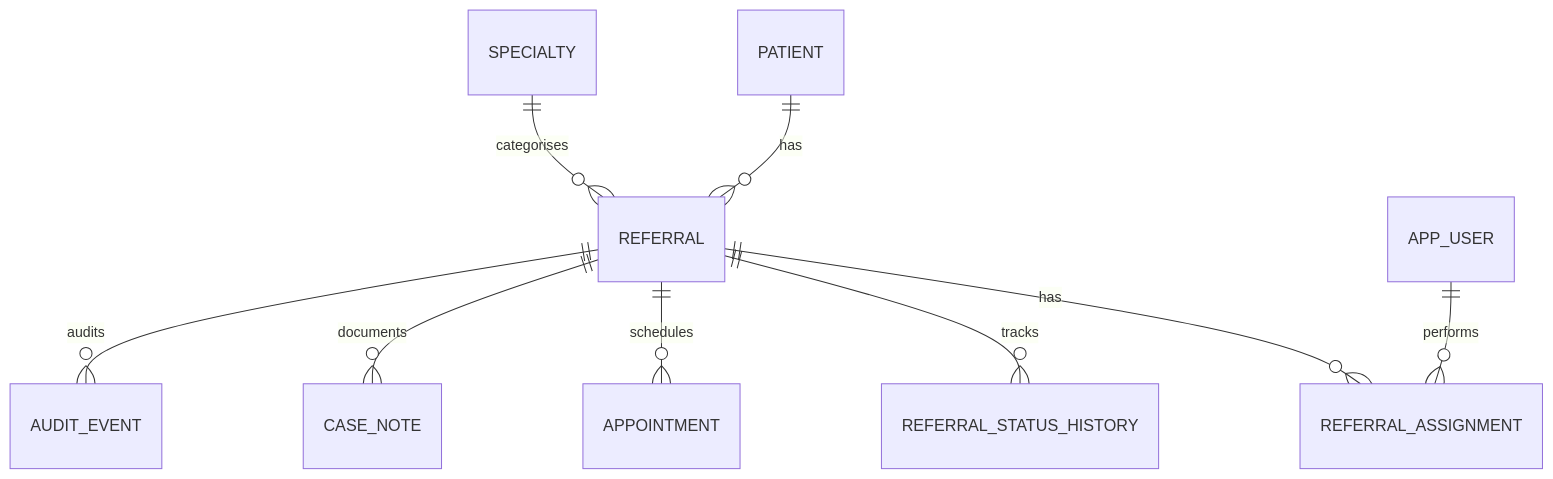
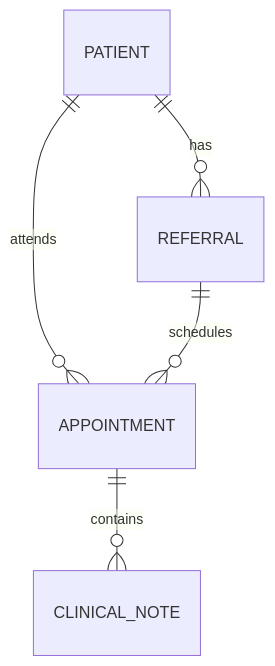
One commit to mirzahussnain/care-track changed the diagram in docs/04-database-design.md. Above: the diagram before and after it, drawn with Mermaid. The commit also changed other lines of this file and 10 other files, not shown here.

````diff
--- a/docs/04-database-design.md
+++ b/docs/04-database-design.md
@@ -37,11 +57,7 @@
 ```mermaid
 erDiagram
     PATIENT ||--o{ REFERRAL : has
-    SPECIALTY ||--o{ REFERRAL : categorises
-    REFERRAL ||--o{ REFERRAL_ASSIGNMENT : has
-    APP_USER ||--o{ REFERRAL_ASSIGNMENT : performs
-    REFERRAL ||--o{ REFERRAL_STATUS_HISTORY : tracks
+    PATIENT ||--o{ APPOINTMENT : attends
     REFERRAL ||--o{ APPOINTMENT : schedules
-    REFERRAL ||--o{ CASE_NOTE : documents
-    REFERRAL ||--o{ AUDIT_EVENT : audits
+    APPOINTMENT ||--o{ CLINICAL_NOTE : contains
 ```
````
